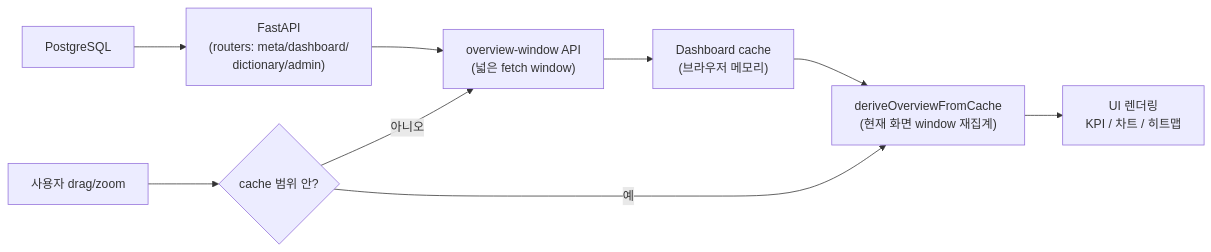
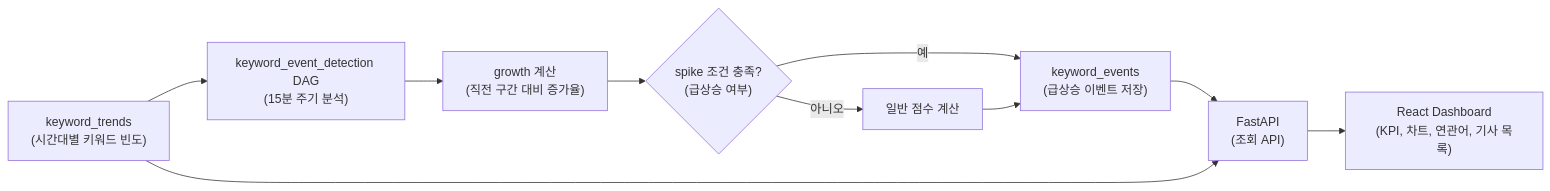
One commit to yeongmin-yu/news-trend-pipeline-dev changed the fifth of 5 diagrams in README.md. Above: the diagram before and after it, drawn with Mermaid. The commit also changed other lines of this file and 25 other files, not shown here.

````diff
--- a/README.md
+++ b/README.md
@@ -257,12 +171,12 @@
 ```mermaid
 flowchart LR
-    A["PostgreSQL"] --> B["FastAPI<br/>(routers: meta/dashboard/<br/>dictionary/admin)"]
-    B --> C["overview-window API<br/>(넓은 fetch window)"]
-    C --> D["Dashboard cache<br/>(브라우저 메모리)"]
-    D --> E["deriveOverviewFromCache<br/>(현재 화면 window 재집계)"]
-    E --> F["UI 렌더링<br/>KPI / 차트 / 히트맵"]
-
-    G["사용자 drag/zoom"] --> H{"cache 범위 안?"}
-    H -->|예| E
-    H -->|아니오| C
+    A["keyword_trends<br/>(시간대별 키워드 빈도)"] --> B["keyword_event_detection DAG<br/>(15분 주기 분석)"]
+    B --> C["growth 계산<br/>(직전 구간 대비 증가율)"]
+    C --> D{"spike 조건 충족?<br/>(급상승 여부)"}
+    D -->|예| E["keyword_events<br/>(급상승 이벤트 저장)"]
+    D -->|아니오| F["일반 점수 계산"]
+    F --> E
+    E --> G["FastAPI<br/>(조회 API)"]
+    A --> G
+    G --> H["React Dashboard<br/>(KPI, 차트, 연관어, 기사 목록)"]
 ```
````
